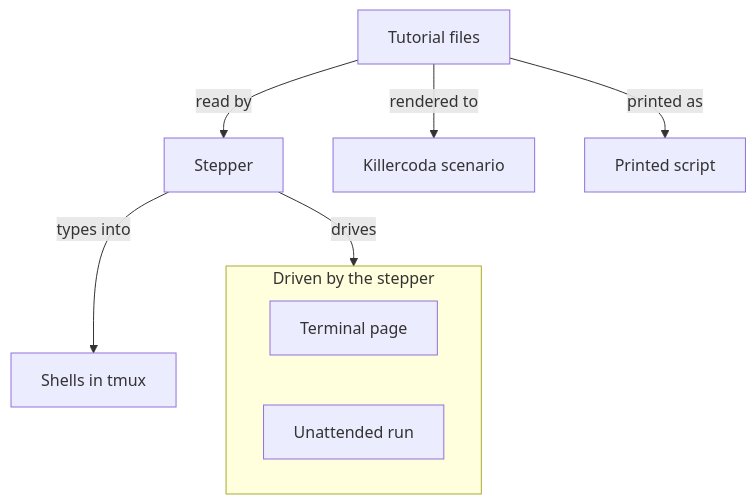
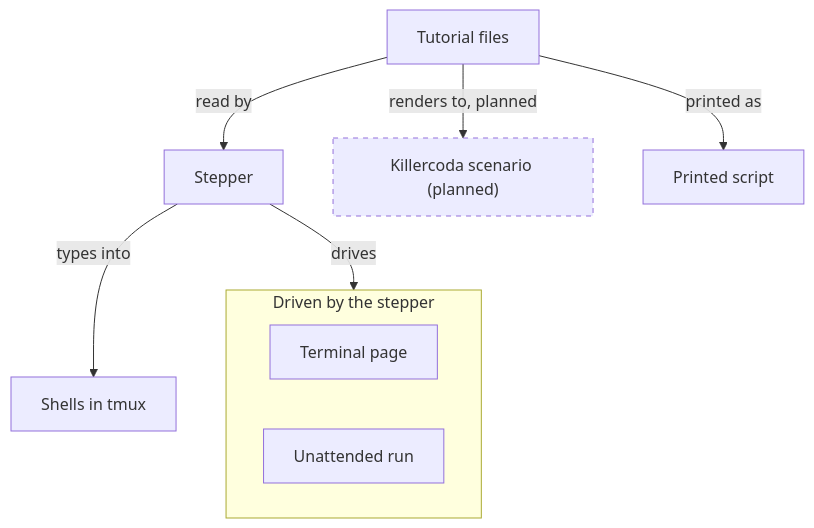
Before and after one commit to lambdasistemi/tutorial-stepper: the diagram in docs/index.md, drawn with Mermaid. The commit also changed other lines of this file and 3 other files, not shown here.

First line of the commit message:
docs: mark the Killercoda renderer as planned and scale headings

````diff
--- a/docs/index.md
+++ b/docs/index.md
@@ -29,18 +29,19 @@
 ```mermaid
 flowchart TD
   tutorial["Tutorial files"]
   stepper["Stepper"]
-  scenario["Killercoda scenario"]
+  scenario["Killercoda scenario (planned)"]
   printed["Printed script"]
   tutorial -->|"read by"| stepper
-  tutorial -->|"rendered to"| scenario
+  tutorial -->|"renders to, planned"| scenario
   tutorial -->|"printed as"| printed
   subgraph driven ["Driven by the stepper"]
     direction LR
     face["Terminal page"]
     unattended["Unattended run"]
   end
   stepper -->|"drives"| driven
   shells["Shells in tmux"]
   stepper -->|"types into"| shells
+  style scenario stroke-dasharray:5
 ```
````
